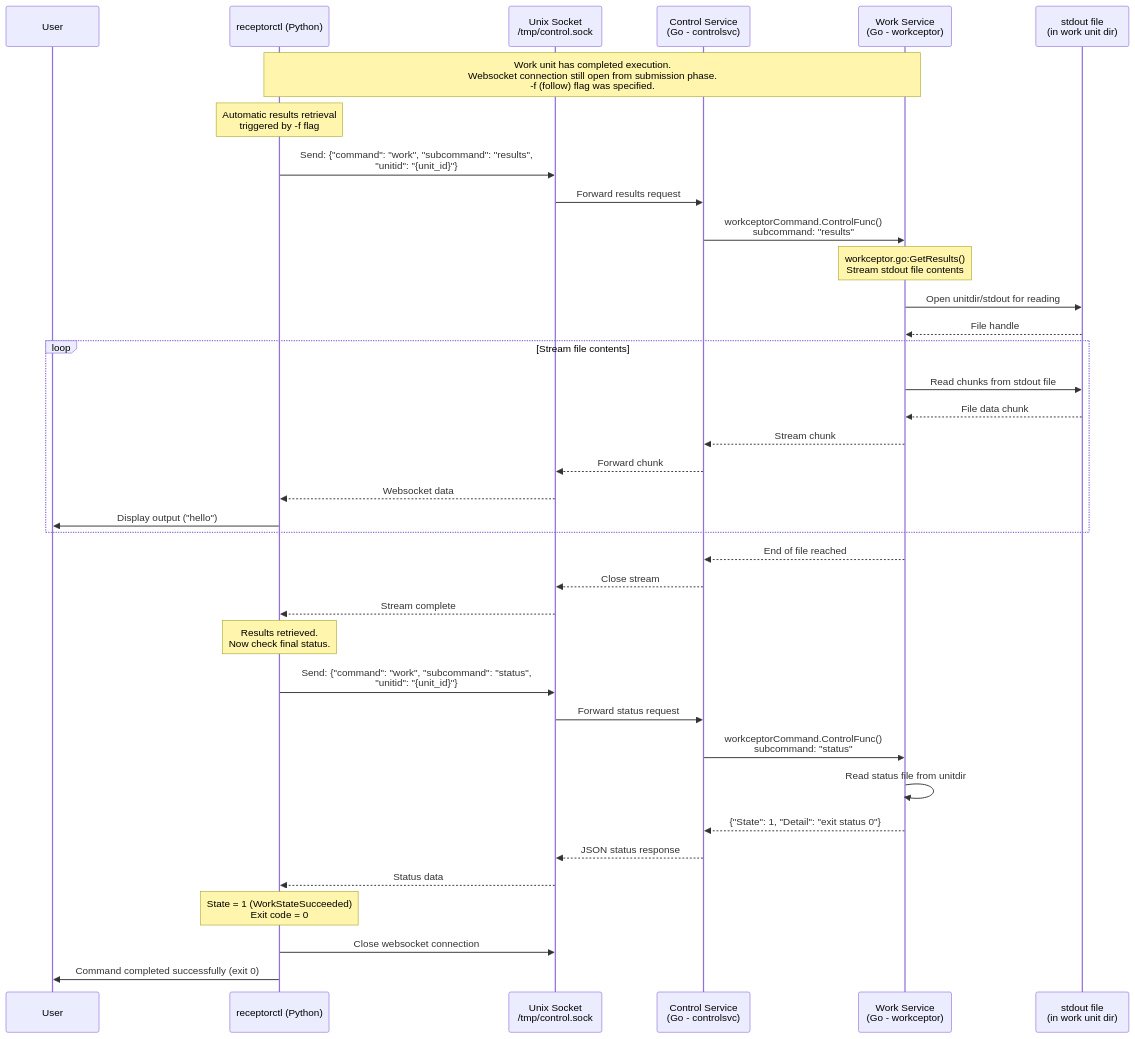
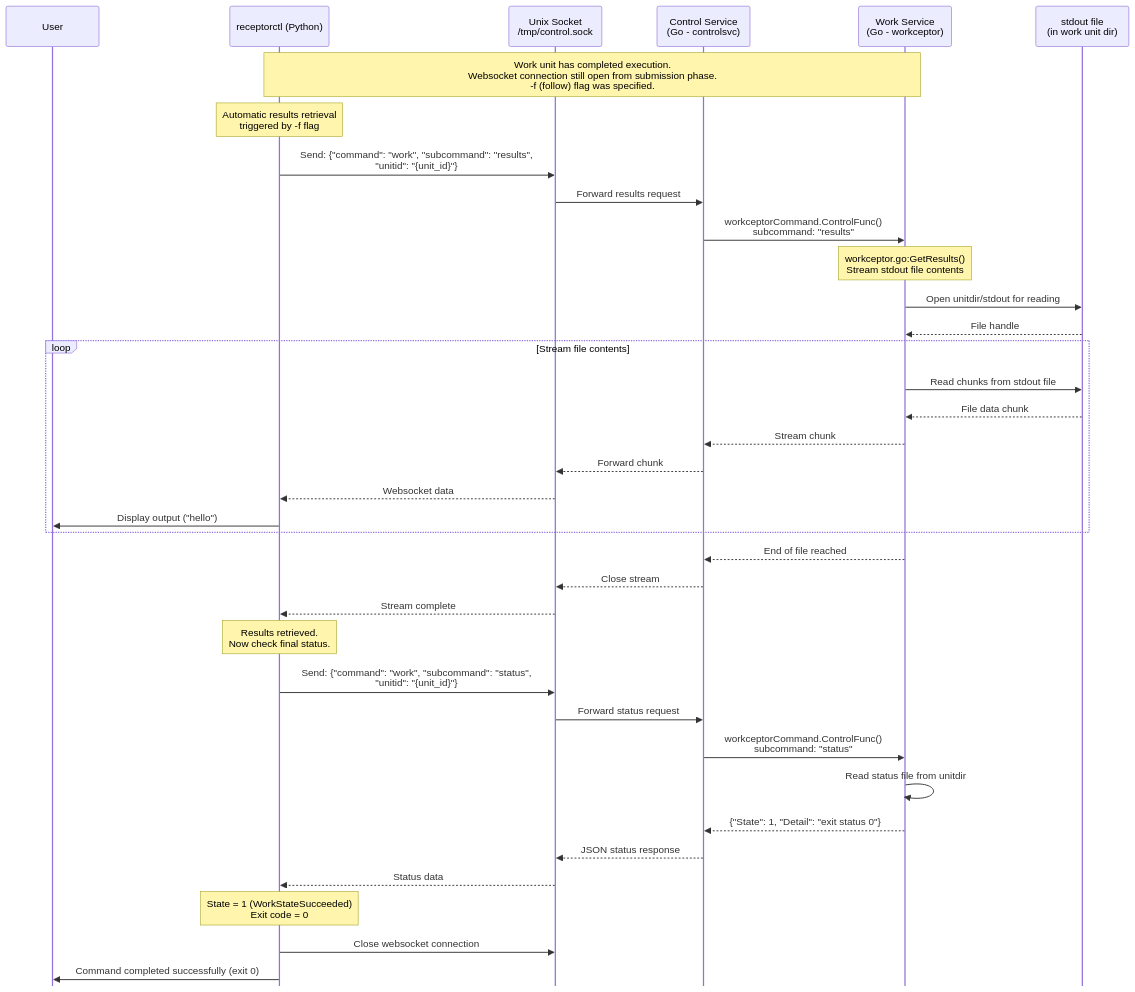
Before and after one commit to ansible/receptor: the second of 2 diagrams in docs/diagrams/receptor_work_submit_flow.md, drawn with Mermaid. The commit also changed other lines of this file, not shown here.

Commit message:
Increase font size

````diff
--- a/docs/diagrams/receptor_work_submit_flow.md
+++ b/docs/diagrams/receptor_work_submit_flow.md
@@ -111,52 +112,53 @@
 ```mermaid
+%%{init: {'sequence': {'mirrorActors': false, 'actorFontSize': 18, 'noteFontSize': 18, 'messageFontSize': 16}}}%%
 sequenceDiagram
     participant User
     participant ReceptorCtl as receptorctl (Python)
     participant CtrlSocket as Unix Socket<br>/tmp/control.sock
     participant CtrlSvc as Control Service<br>(Go - controlsvc)
     participant WorkSvc as Work Service<br>(Go - workceptor)
     participant StdoutFile as stdout file<br>(in work unit dir)
 
     Note over ReceptorCtl, WorkSvc: Work unit has completed execution.<br>Websocket connection still open from submission phase.<br>-f (follow) flag was specified.
 
     Note over ReceptorCtl: Automatic results retrieval<br>triggered by -f flag
 
     ReceptorCtl->>CtrlSocket: Send: {"command": "work", "subcommand": "results",<br>"unitid": "{unit_id}"}
     CtrlSocket->>CtrlSvc: Forward results request
 
     CtrlSvc->>WorkSvc: workceptorCommand.ControlFunc()<br>subcommand: "results"
 
     Note over WorkSvc: workceptor.go:GetResults()<br>Stream stdout file contents
 
     WorkSvc->>StdoutFile: Open unitdir/stdout for reading
     StdoutFile-->>WorkSvc: File handle
 
     loop Stream file contents
         WorkSvc->>StdoutFile: Read chunks from stdout file
         StdoutFile-->>WorkSvc: File data chunk
         WorkSvc-->>CtrlSvc: Stream chunk
         CtrlSvc-->>CtrlSocket: Forward chunk
         CtrlSocket-->>ReceptorCtl: Websocket data
         ReceptorCtl->>User: Display output ("hello")
     end
 
     WorkSvc-->>CtrlSvc: End of file reached
     CtrlSvc-->>CtrlSocket: Close stream
     CtrlSocket-->>ReceptorCtl: Stream complete
 
     Note over ReceptorCtl: Results retrieved.<br>Now check final status.
 
     ReceptorCtl->>CtrlSocket: Send: {"command": "work", "subcommand": "status",<br>"unitid": "{unit_id}"}
     CtrlSocket->>CtrlSvc: Forward status request
     CtrlSvc->>WorkSvc: workceptorCommand.ControlFunc()<br>subcommand: "status"
 
     WorkSvc->>WorkSvc: Read status file from unitdir
     WorkSvc-->>CtrlSvc: {"State": 1, "Detail": "exit status 0"}
     CtrlSvc-->>CtrlSocket: JSON status response
     CtrlSocket-->>ReceptorCtl: Status data
 
     Note over ReceptorCtl: State = 1 (WorkStateSucceeded)<br>Exit code = 0
 
     ReceptorCtl->>CtrlSocket: Close websocket connection
     ReceptorCtl->>User: Command completed successfully (exit 0)
 ```
````
